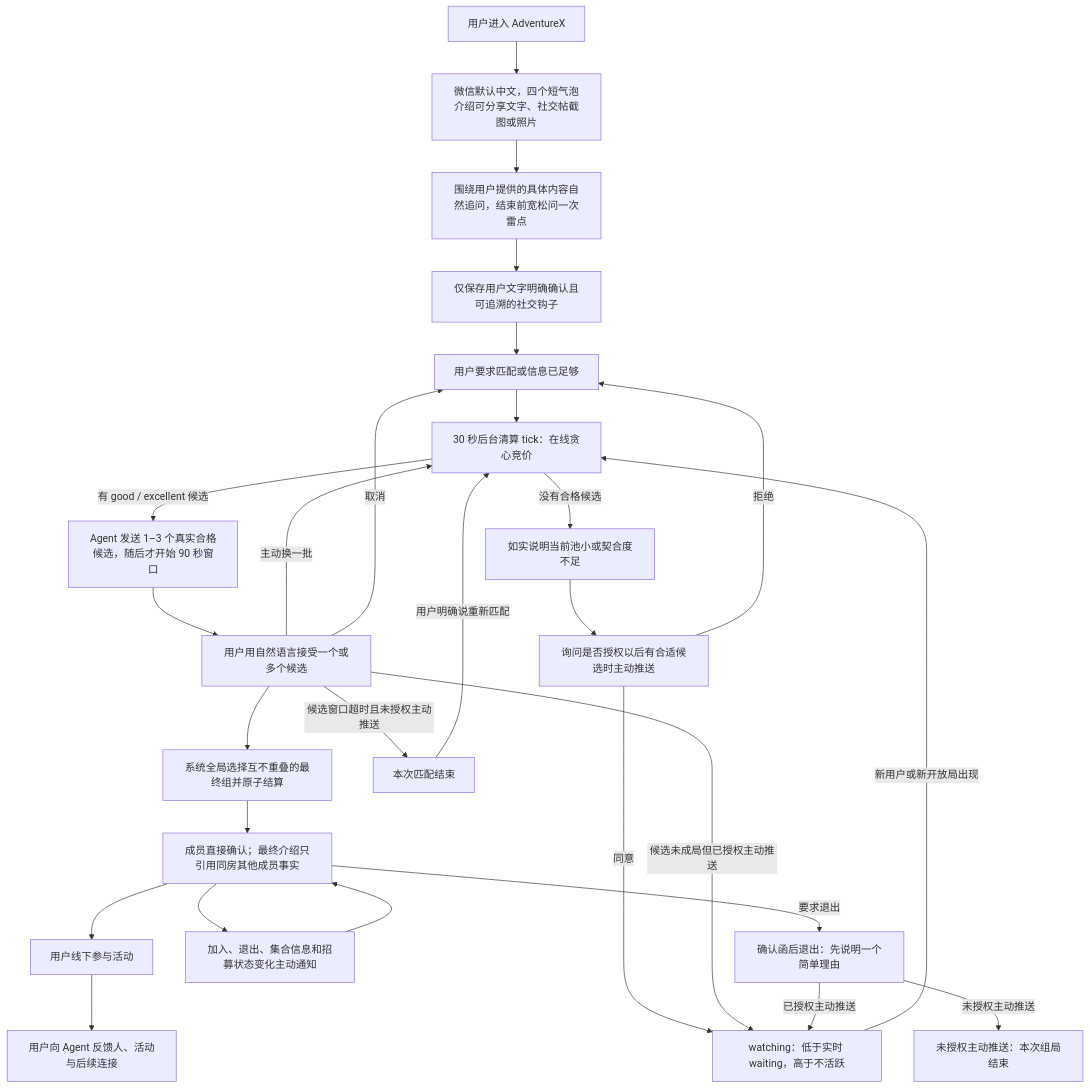
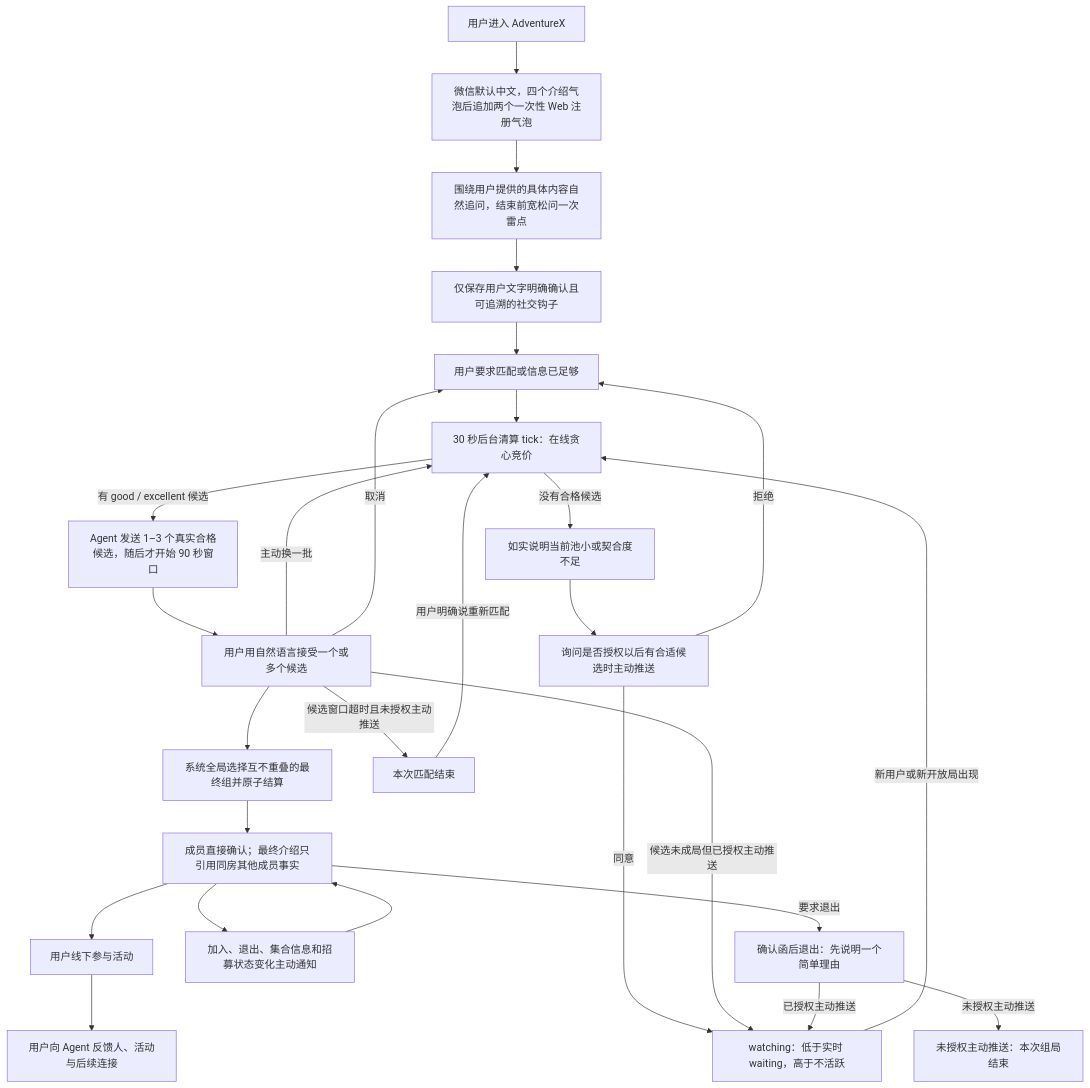
Before and after one commit to toMeetADX/TOMEET_Backend: the diagram in docs/product-flow.md, drawn with Mermaid. The commit also changed other lines of this file and 18 other files, not shown here.

````diff
--- a/docs/product-flow.md
+++ b/docs/product-flow.md
@@ -7,37 +7,37 @@
 ```mermaid
 flowchart TB
     Enter["用户进入 AdventureX"]
-    Welcome["微信默认中文，四个短气泡介绍可分享文字、社交帖截图或照片"]
+    Welcome["微信默认中文，四个介绍气泡后追加两个一次性 Web 注册气泡"]
     Explore["围绕用户提供的具体内容自然追问，结束前宽松问一次雷点"]
     Hook["仅保存用户文字明确确认且可追溯的社交钩子"]
     Request["用户要求匹配或信息已足够"]
     Round["30 秒后台清算 tick：在线贪心竞价"]
     Options["Agent 发送 1–3 个真实合格候选，随后才开始 90 秒窗口"]
     Unavailable["如实说明当前池小或契合度不足"]
     Consent["询问是否授权以后有合适候选时主动推送"]
     Watching["watching：低于实时 waiting，高于不活跃"]
     Choice["用户用自然语言接受一个或多个候选"]
     Settle["系统全局选择互不重叠的最终组并原子结算"]
     Room["成员直接确认；最终介绍只引用同房其他成员事实"]
     ExitReason["确认函后退出：先说明一个简单理由"]
     ExitEnded["未授权主动推送：本次组局结束"]
     Change["加入、退出、集合信息和招募状态变化主动通知"]
     Offline["用户线下参与活动"]
     Feedback["用户向 Agent 反馈人、活动与后续连接"]
 
     Enter --> Welcome --> Explore --> Hook --> Request --> Round
     Round -->|有 good / excellent 候选| Options --> Choice --> Settle --> Room --> Offline --> Feedback
     Round -->|没有合格候选| Unavailable --> Consent
     Consent -->|同意| Watching
     Consent -->|拒绝| Request
     Watching -->|新用户或新开放局出现| Round
     Choice -->|主动换一批| Round
     Choice -->|候选窗口超时且未授权主动推送| Expired["本次匹配结束"]
     Choice -->|候选未成局但已授权主动推送| Watching
     Expired -->|用户明确说重新匹配| Round
     Choice -->|取消| Request
     Room --> Change --> Room
     Room -->|要求退出| ExitReason
     ExitReason -->|已授权主动推送| Watching
     ExitReason -->|未授权主动推送| ExitEnded
 ```
````
